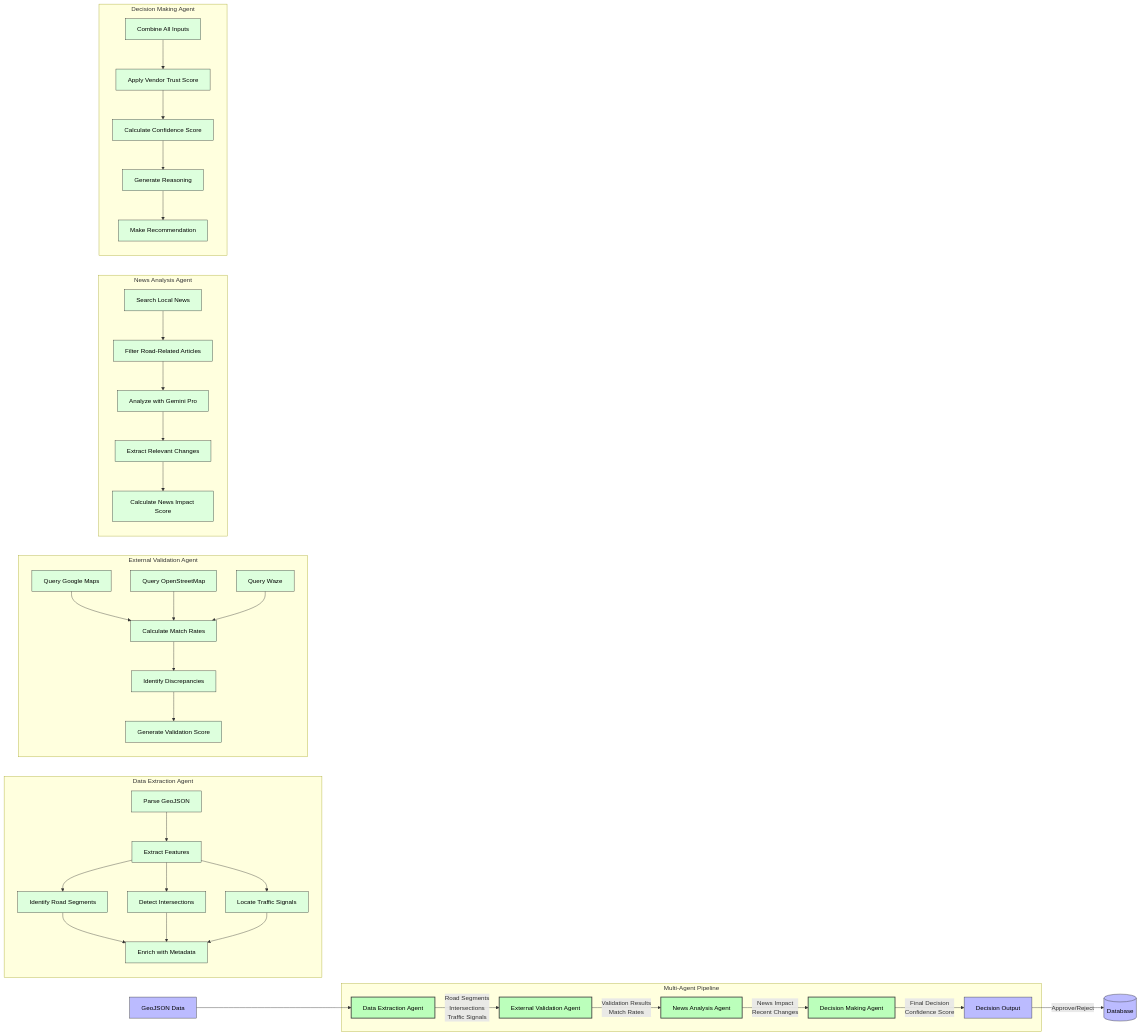
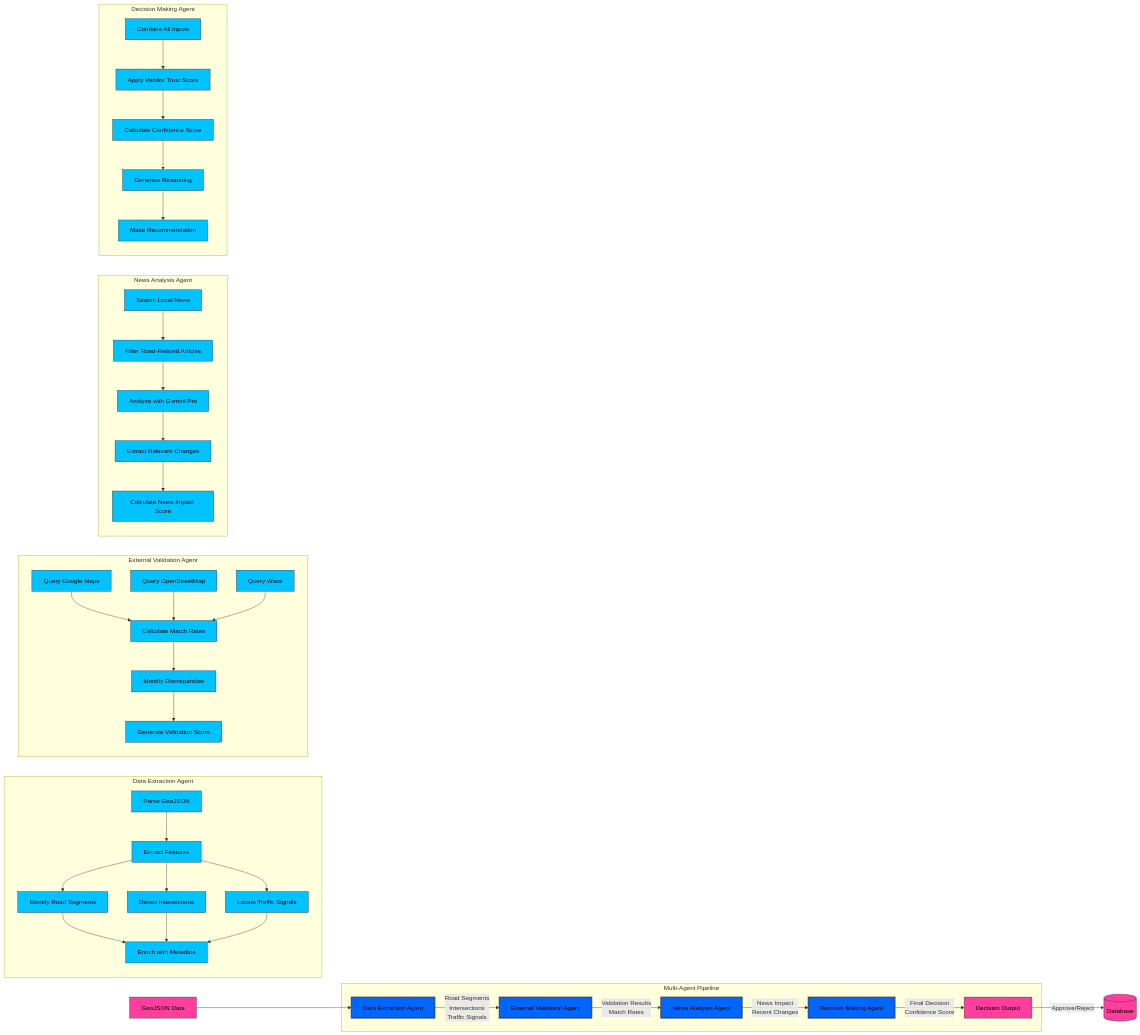
The second of 4 diagrams in README.md (r04nx/here-hack), drawn with Mermaid before and after one commit. The commit also changed other lines of this file, not shown here.

````diff
--- a/README.md
+++ b/README.md
@@ -193,55 +193,55 @@
 ```mermaid
 flowchart LR
     GJ[GeoJSON Data] --> DEA
     
     subgraph "Multi-Agent Pipeline"
         DEA[Data Extraction Agent] --> |Road Segments\nIntersections\nTraffic Signals| EVA
         EVA[External Validation Agent] --> |Validation Results\nMatch Rates| NAA
         NAA[News Analysis Agent] --> |News Impact\nRecent Changes| DMA
         DMA[Decision Making Agent] --> |Final Decision\nConfidence Score| OUT
     end
     
     subgraph "Data Extraction Agent"
         direction TB
         DEA1[Parse GeoJSON] --> DEA2[Extract Features]
         DEA2 --> DEA3[Identify Road Segments]
         DEA2 --> DEA4[Detect Intersections]
         DEA2 --> DEA5[Locate Traffic Signals]
         DEA3 & DEA4 & DEA5 --> DEA6[Enrich with Metadata]
     end
     
     subgraph "External Validation Agent"
         direction TB
         EVA1[Query Google Maps] --> EVA4[Calculate Match Rates]
         EVA2[Query OpenStreetMap] --> EVA4
         EVA3[Query Waze] --> EVA4
         EVA4 --> EVA5[Identify Discrepancies]
         EVA5 --> EVA6[Generate Validation Score]
     end
     
     subgraph "News Analysis Agent"
         direction TB
         NAA1[Search Local News] --> NAA2[Filter Road-Related Articles]
         NAA2 --> NAA3[Analyze with Gemini Pro]
         NAA3 --> NAA4[Extract Relevant Changes]
         NAA4 --> NAA5[Calculate News Impact Score]
     end
     
     subgraph "Decision Making Agent"
         direction TB
         DMA1[Combine All Inputs] --> DMA2[Apply Vendor Trust Score]
         DMA2 --> DMA3[Calculate Confidence Score]
         DMA3 --> DMA4[Generate Reasoning]
         DMA4 --> DMA5[Make Recommendation]
     end
     
     OUT[Decision Output] --> |Approve/Reject| DB[(Database)]
     
-    classDef agent fill:#bfb,stroke:#333,stroke-width:2px,color:#000
-    classDef subProcess fill:#dfd,stroke:#333,stroke-width:1px,color:#000
-    classDef data fill:#bbf,stroke:#333,stroke-width:1px,color:#000
+    classDef agent fill:#0066ff,stroke:#333,stroke-width:2px,color:#000
+    classDef subProcess fill:#00c2ff,stroke:#333,stroke-width:1px,color:#000
+    classDef data fill:#ff3e9d,stroke:#333,stroke-width:1px,color:#000
     
     class DEA,EVA,NAA,DMA agent
     class DEA1,DEA2,DEA3,DEA4,DEA5,DEA6,EVA1,EVA2,EVA3,EVA4,EVA5,EVA6,NAA1,NAA2,NAA3,NAA4,NAA5,DMA1,DMA2,DMA3,DMA4,DMA5 subProcess
     class GJ,OUT,DB data
 ```
````
